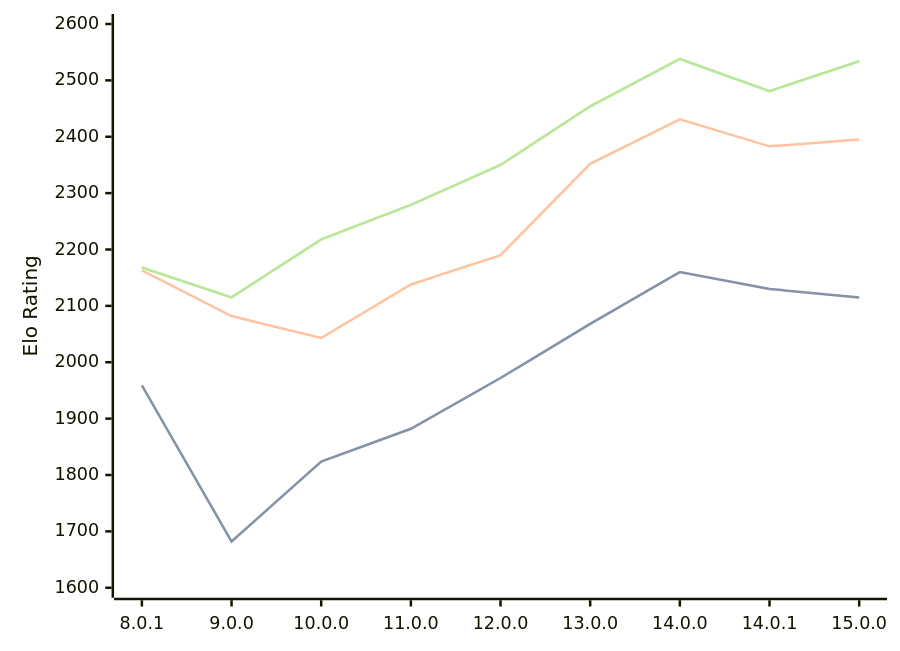
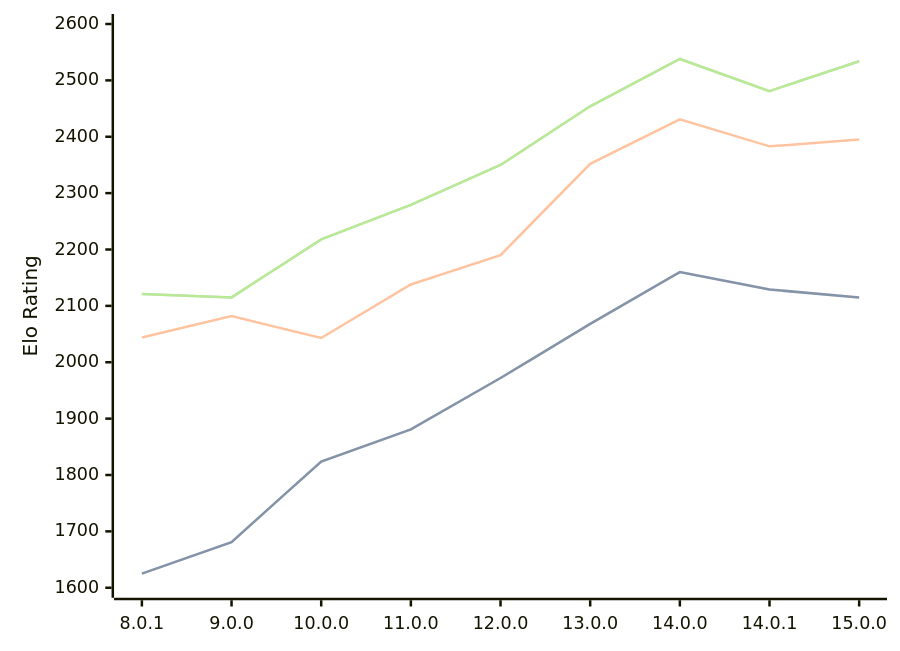
Before and after one commit to computer-chess-index/cci: the diagram in engines/Cepimetheus.md, drawn with Mermaid. The commit also changed other lines of this file, not shown here.

Commit message:
Update CCI Ratings (ELO VLTC) - 2026-08-24

````diff
--- a/engines/Cepimetheus.md
+++ b/engines/Cepimetheus.md
@@ -66,11 +66,11 @@
 ```mermaid
 %%{init: {"theme":"base","themeVariables":{"seriesColors:['#a3a3a3','#222221','#faa371']}}}%%
 xychart-beta
   x-axis ["8.0.1", "9.0.0", "10.0.0", "11.0.0", "12.0.0", "13.0.0", "14.0.0", "14.0.1", "15.0.0"]
   y-axis "Elo Rating" 1600 --> 2600
-  line "STC (8.0+0.08s)" [1959, 1682, 1824, 1882, 1972, 2068, 2160, 2130, 2115]
-  line "STC (8.0+0.08s)" [1959, 1682, 1824, 1882, 1972, 2068, 2160, 2130, 2115]
-  line "LTC (60.0+0.60s)" [2163, 2082, 2043, 2138, 2190, 2352, 2431, 2383, 2395]
-  line "VLTC (2m24s+1.12s)" [2168, 2115, 2218, 2279, 2350, 2454, 2538, 2481, 2534]
-  line "VLTC (2m24s+1.12s)" [2168, 2115, 2218, 2279, 2350, 2454, 2538, 2481, 2534]
+  line "STC (8.0+0.08s)" [1625, 1681, 1824, 1881, 1972, 2068, 2160, 2129, 2115]
+  line "STC (8.0+0.08s)" [1625, 1681, 1824, 1881, 1972, 2068, 2160, 2129, 2115]
+  line "LTC (60.0+0.60s)" [2044, 2082, 2043, 2138, 2190, 2352, 2431, 2383, 2395]
+  line "VLTC (2m24s+1.12s)" [2121, 2115, 2218, 2279, 2350, 2454, 2538, 2481, 2534]
+  line "VLTC (2m24s+1.12s)" [2121, 2115, 2218, 2279, 2350, 2454, 2538, 2481, 2534]
 ```
````
